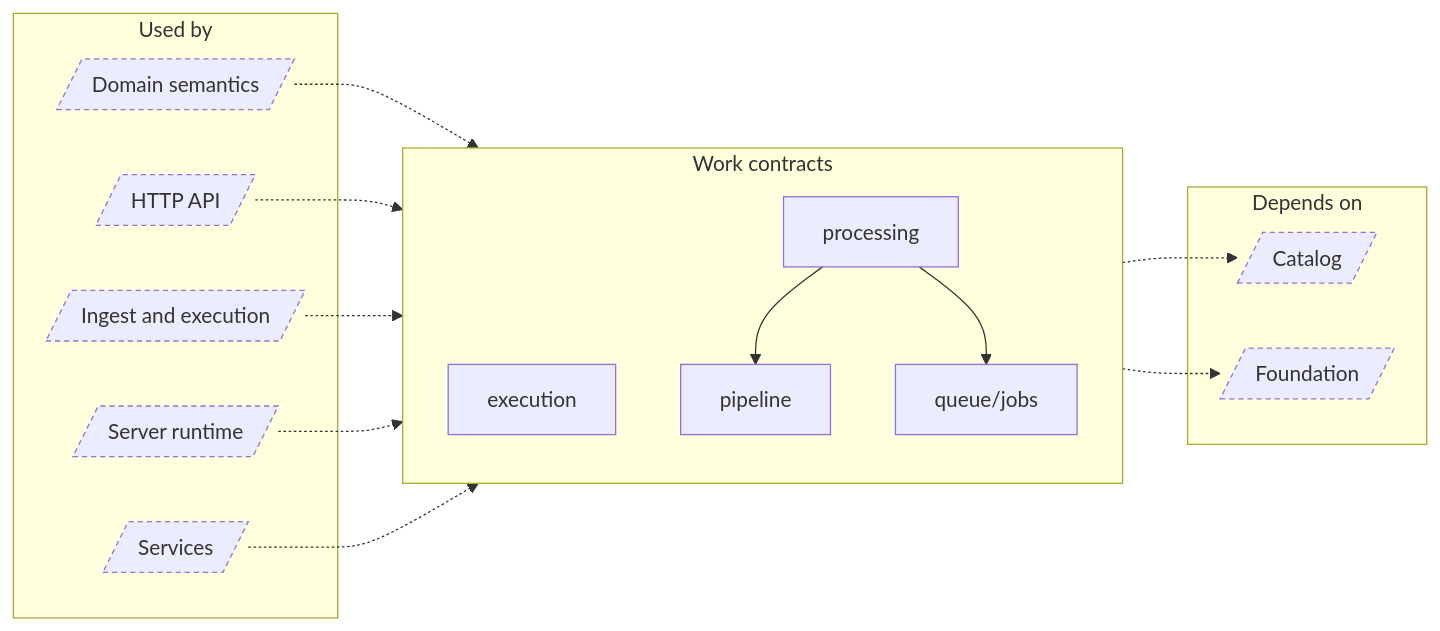
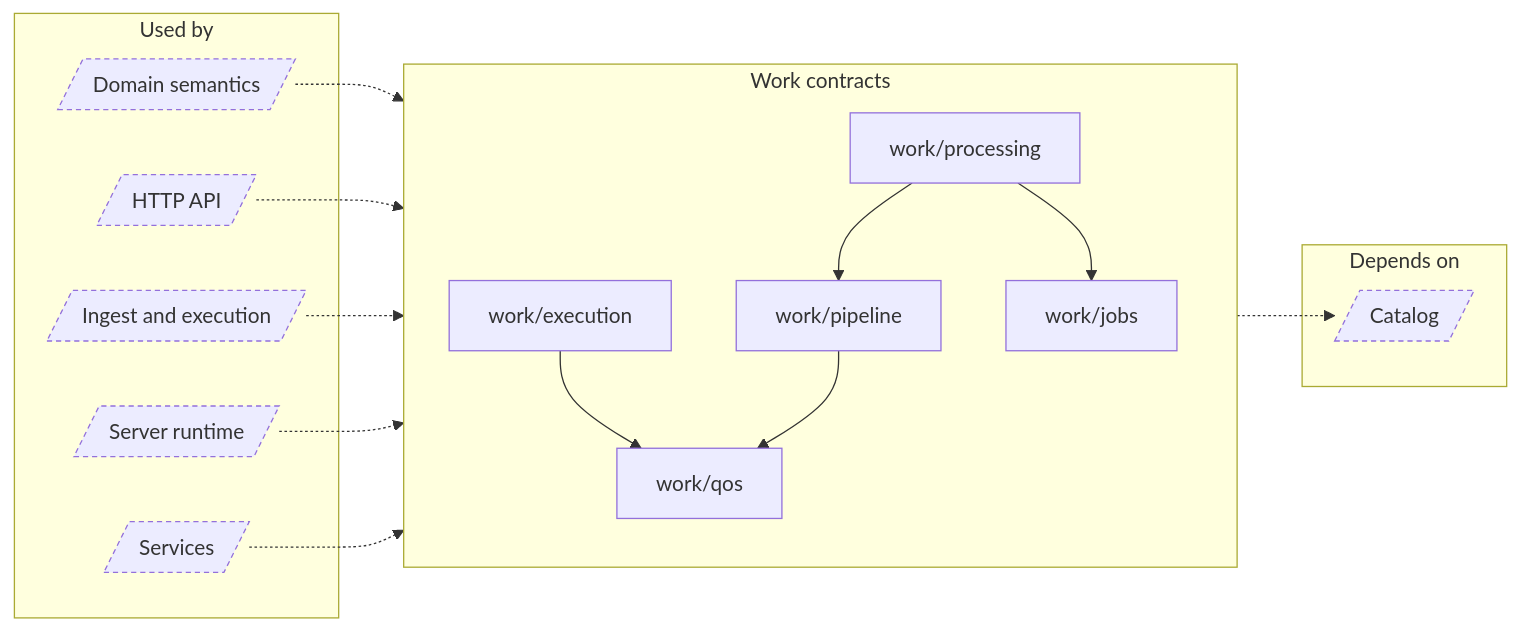
One commit to EdwinZhanCN/Lumilio-Photos changed the diagram in docs/atlas/generated/architecture/group-work.md. Above: the diagram before and after it, drawn with Mermaid. The commit also changed other lines of this file and 936 other files, not shown here.

````diff
--- a/docs/atlas/generated/architecture/group-work.md
+++ b/docs/atlas/generated/architecture/group-work.md
@@ -9,31 +9,32 @@
 ```mermaid
 flowchart LR
     subgraph n_g_Used_by["Used by"]
         n_in_domain[/"Domain semantics"/]
         n_in_http[/"HTTP API"/]
         n_in_ingest[/"Ingest and execution"/]
         n_in_runtime[/"Server runtime"/]
         n_in_service[/"Services"/]
     end
     subgraph n_g_Work_contracts["Work contracts"]
-        n_server_internal_execution["execution"]
-        n_server_internal_pipeline["pipeline"]
-        n_server_internal_processing["processing"]
-        n_server_internal_queue_jobs["queue/jobs"]
+        n_server_internal_work_execution["work/execution"]
+        n_server_internal_work_jobs["work/jobs"]
+        n_server_internal_work_pipeline["work/pipeline"]
+        n_server_internal_work_processing["work/processing"]
+        n_server_internal_work_qos["work/qos"]
     end
     subgraph n_g_Depends_on["Depends on"]
         n_out_catalog[/"Catalog"/]
-        n_out_foundation[/"Foundation"/]
     end
     n_in_domain -.-> n_g_Work_contracts
     n_in_http -.-> n_g_Work_contracts
     n_in_ingest -.-> n_g_Work_contracts
     n_in_runtime -.-> n_g_Work_contracts
     n_in_service -.-> n_g_Work_contracts
-    n_server_internal_processing --> n_server_internal_pipeline
-    n_server_internal_processing --> n_server_internal_queue_jobs
+    n_server_internal_work_execution --> n_server_internal_work_qos
+    n_server_internal_work_pipeline --> n_server_internal_work_qos
+    n_server_internal_work_processing --> n_server_internal_work_jobs
+    n_server_internal_work_processing --> n_server_internal_work_pipeline
     n_g_Work_contracts -.-> n_out_catalog
-    n_g_Work_contracts -.-> n_out_foundation
     classDef external stroke-dasharray:4 3
-    class n_in_domain,n_in_http,n_in_ingest,n_in_runtime,n_in_service,n_out_catalog,n_out_foundation external
+    class n_in_domain,n_in_http,n_in_ingest,n_in_runtime,n_in_service,n_out_catalog external
 ```
````
